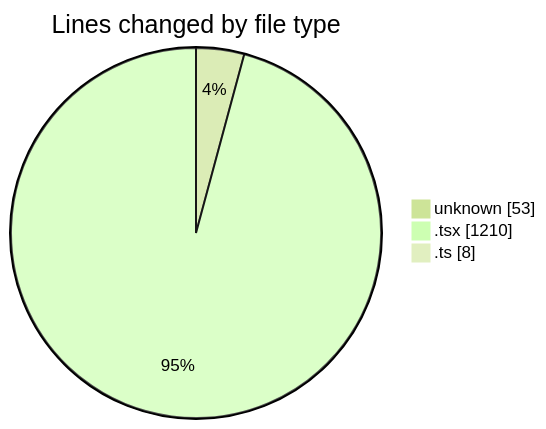
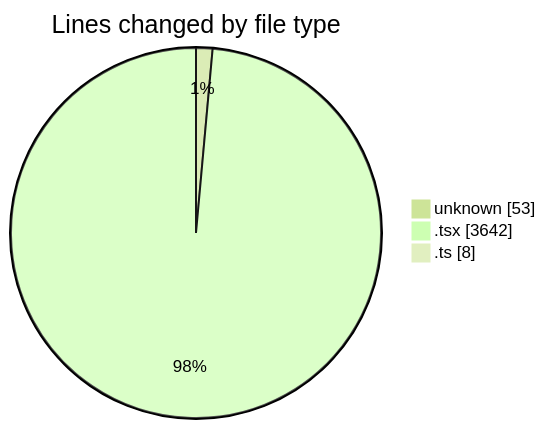
Before and after one commit to momahboobian/code-tracking: the first of 2 diagrams in 2026-01-28/cda/README.md, drawn with Mermaid (forest theme). The commit also changed other lines of this file and 1 other file, not shown here.

````diff
--- a/2026-01-28/cda/README.md
+++ b/2026-01-28/cda/README.md
@@ -22,7 +22,7 @@
 ```mermaid
 pie showData
 title Lines changed by file type
 "unknown" : 53
-".tsx" : 1210
+".tsx" : 3642
 ".ts" : 8
 ```
````
